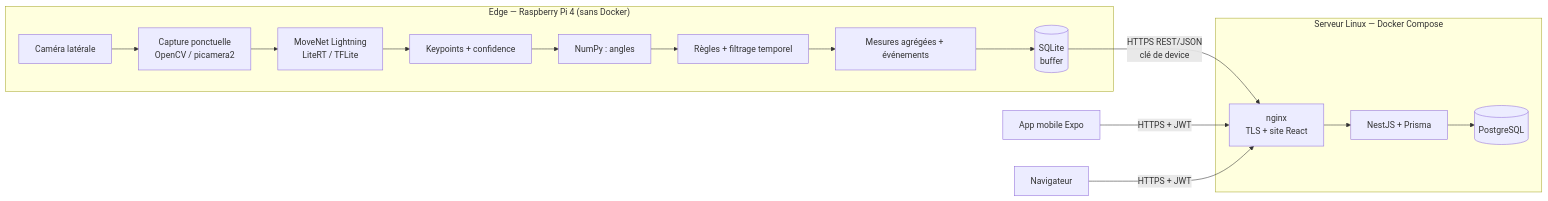
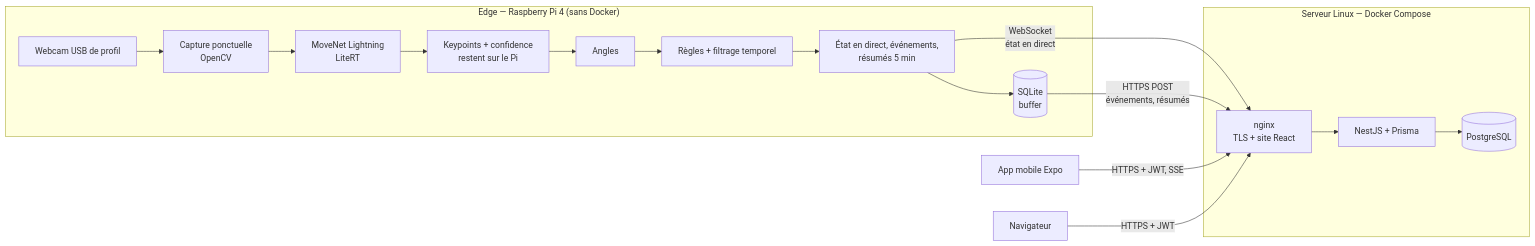
Before and after one commit to JUC0AG0G0/dos-d-ane: the first of 6 diagrams in edge/docs/Audit_technique_final_Fil_Rouge_Master_UHA_4_0_v3.md, drawn with Mermaid. The commit also changed other lines of this file and 7 other files, not shown here.

````diff
--- a/edge/docs/Audit_technique_final_Fil_Rouge_Master_UHA_4_0_v3.md
+++ b/edge/docs/Audit_technique_final_Fil_Rouge_Master_UHA_4_0_v3.md
@@ -119,19 +136,20 @@
 ```mermaid
 flowchart LR
     subgraph EDGE["Edge — Raspberry Pi 4 (sans Docker)"]
-        C[Caméra latérale] --> CAP[Capture ponctuelle<br/>OpenCV / picamera2]
-        CAP --> P[MoveNet Lightning<br/>LiteRT / TFLite]
-        P --> K[Keypoints + confidence]
-        K --> N[NumPy : angles]
+        C[Webcam USB de profil] --> CAP[Capture ponctuelle<br/>OpenCV]
+        CAP --> P[MoveNet Lightning<br/>LiteRT]
+        P --> K[Keypoints + confidence<br/>restent sur le Pi]
+        K --> N[Angles]
         N --> R[Règles + filtrage temporel]
-        R --> EV[Mesures agrégées + événements]
+        R --> EV[État en direct, événements,<br/>résumés 5 min]
         EV --> BUF[(SQLite<br/>buffer)]
     end
     subgraph SRV["Serveur Linux — Docker Compose"]
         NG[nginx<br/>TLS + site React] --> B[NestJS + Prisma]
         B --> DB[(PostgreSQL)]
     end
-    BUF -->|HTTPS REST/JSON<br/>clé de device| NG
-    M[App mobile Expo] -->|HTTPS + JWT| NG
+    EV -->|WebSocket<br/>état en direct| NG
+    BUF -->|HTTPS POST<br/>événements, résumés| NG
+    M[App mobile Expo] -->|HTTPS + JWT, SSE| NG
     W[Navigateur] -->|HTTPS + JWT| NG
 ```
````
